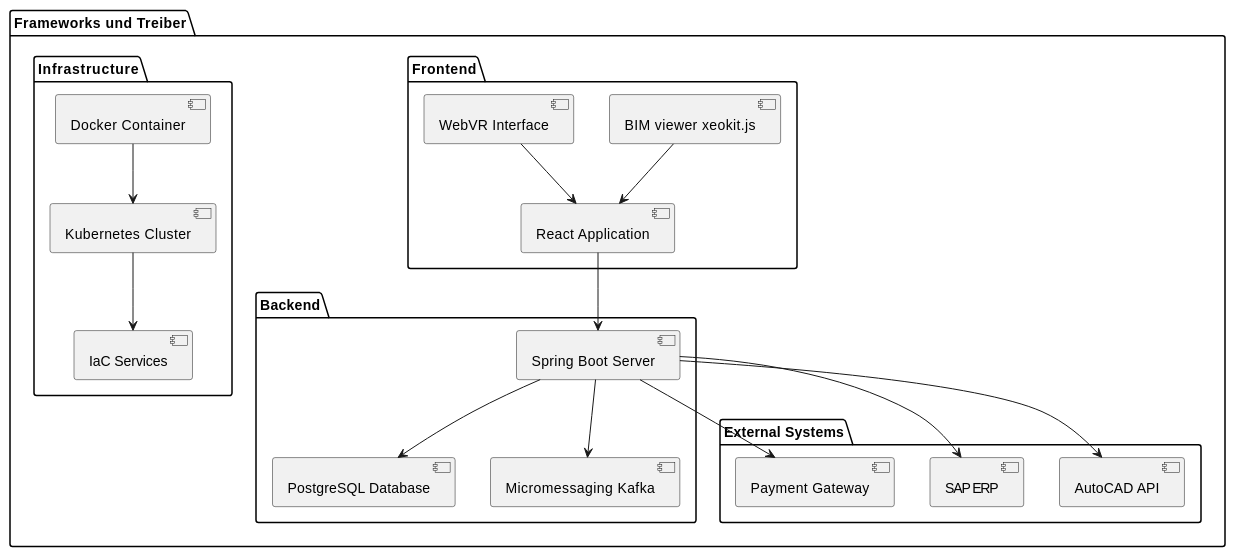
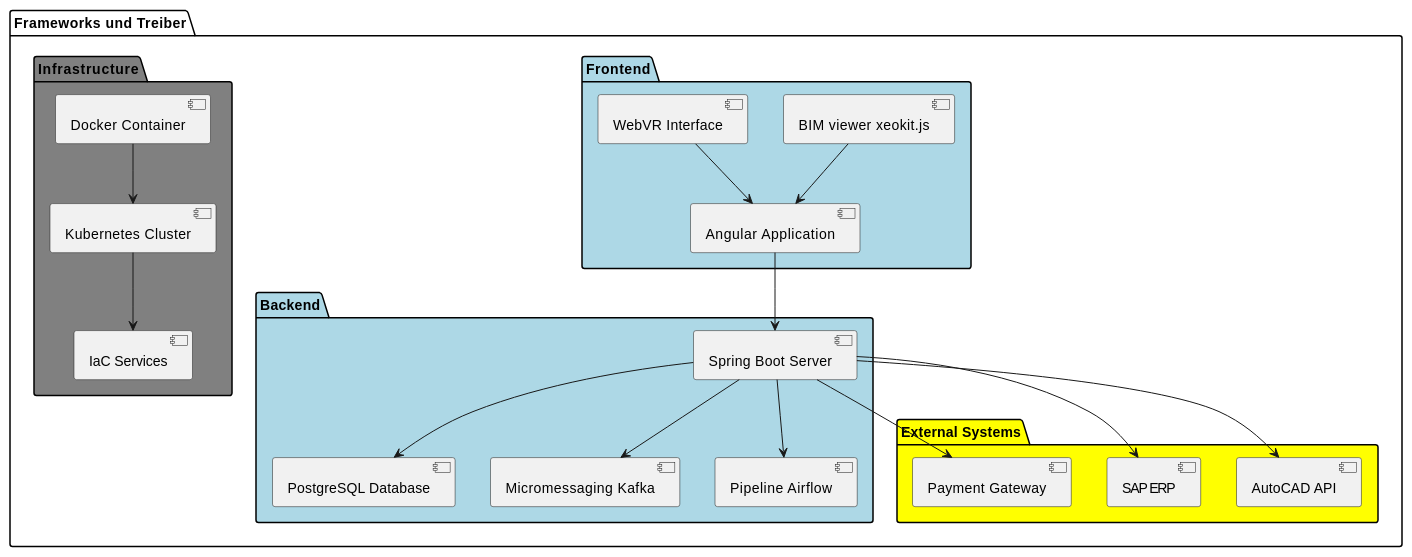
One commit to pressla/architecture changed the fourth of 4 diagrams in docs/Input/design-overview-de.md. Above: the diagram before and after it, drawn with PlantUML. The commit also changed 2 other files, not shown here.

Commit message:
lube hub

````diff
--- a/docs/Input/design-overview-de.md
+++ b/docs/Input/design-overview-de.md
@@ -178,40 +178,42 @@
 ```plantuml
 @startuml
 package "Frameworks und Treiber" {
-    package "Frontend" {
-        [React Application]
+    package "Frontend" #lightblue{
+        [Angular Application]
         [BIM viewer xeokit.js]
         [WebVR Interface]
     }
 
-    package "Backend" {
+    package "Backend" #lightblue{
         [Spring Boot Server]
         [PostgreSQL Database]
         [Micromessaging Kafka]
+        [Pipeline Airflow]
     }
 
-    package "External Systems" {
+    package "External Systems" #yellow {
         [AutoCAD API]
         [SAP ERP]
         [Payment Gateway]
     }
 
-    package "Infrastructure" {
+    package "Infrastructure" #grey{
         [Docker Container]
         [Kubernetes Cluster]
         [IaC Services]
     }
 
-    [React Application] --> [Spring Boot Server]
-    [BIM viewer xeokit.js] --> [React Application]
-    [WebVR Interface] --> [React Application]
+    [Angular Application] --> [Spring Boot Server]
+    [BIM viewer xeokit.js] --> [Angular Application]
+    [WebVR Interface] --> [Angular Application]
     [Spring Boot Server] --> [PostgreSQL Database]
     [Spring Boot Server] --> [Micromessaging Kafka]
+    [Spring Boot Server] --> [Pipeline Airflow]
     [Spring Boot Server] --> [AutoCAD API]
     [Spring Boot Server] --> [SAP ERP]
     [Spring Boot Server] --> [Payment Gateway]
     [Docker Container] --> [Kubernetes Cluster]
     [Kubernetes Cluster] --> [IaC Services]
 }
 @enduml
 ```
````
